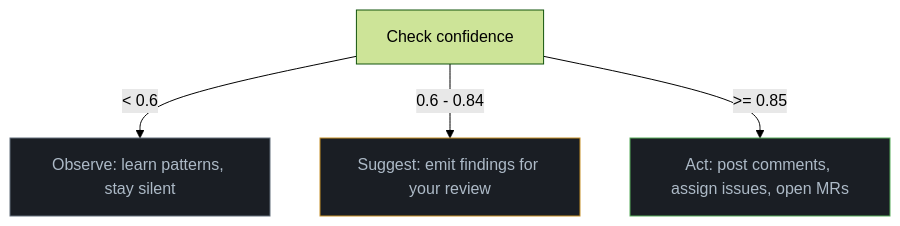
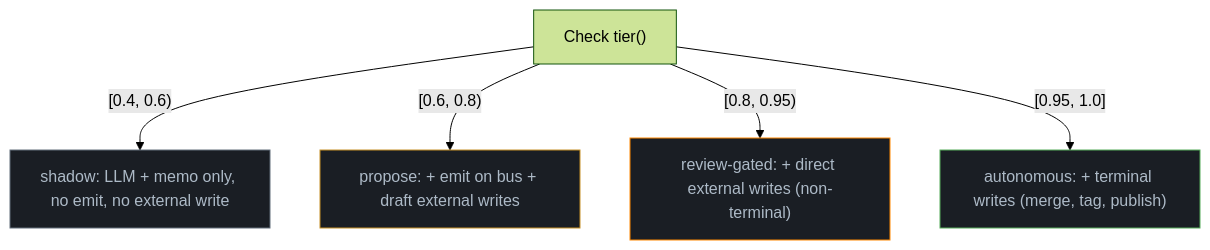
Before and after one commit to Replikanti/agentis-colonies: the third of 3 diagrams in dev-apprenticeship/README.md, drawn with Mermaid (forest theme). The commit also changed other lines of this file, not shown here.

First line of the commit message:
docs: sweep dev-apprenticeship README to four-tier language (#178) (#184)

````diff
--- a/dev-apprenticeship/README.md
+++ b/dev-apprenticeship/README.md
@@ -150,15 +150,18 @@
 ```mermaid
 graph TD
-    CHECK["Check confidence"]
-    OBS["Observe: learn patterns, stay silent"]
-    SUG["Suggest: emit findings for your review"]
-    ACT["Act: post comments, assign issues, open MRs"]
+    CHECK["Check tier()"]
+    SHA["shadow: LLM + memo only, no emit, no external write"]
+    PRO["propose: + emit on bus + draft external writes"]
+    RG["review-gated: + direct external writes (non-terminal)"]
+    AUT["autonomous: + terminal writes (merge, tag, publish)"]
 
-    CHECK -- "< 0.6" --> OBS
-    CHECK -- "0.6 - 0.84" --> SUG
-    CHECK -- ">= 0.85" --> ACT
+    CHECK -- "[0.4, 0.6)" --> SHA
+    CHECK -- "[0.6, 0.8)" --> PRO
+    CHECK -- "[0.8, 0.95)" --> RG
+    CHECK -- "[0.95, 1.0]" --> AUT
 
-    style OBS fill:#1a1e24,stroke:#636e7b,color:#adbac7
-    style SUG fill:#1a1e24,stroke:#c69026,color:#adbac7
-    style ACT fill:#1a1e24,stroke:#57ab5a,color:#adbac7
+    style SHA fill:#1a1e24,stroke:#636e7b,color:#adbac7
+    style PRO fill:#1a1e24,stroke:#c69026,color:#adbac7
+    style RG fill:#1a1e24,stroke:#ff8800,color:#adbac7
+    style AUT fill:#1a1e24,stroke:#57ab5a,color:#adbac7
 ```
````
